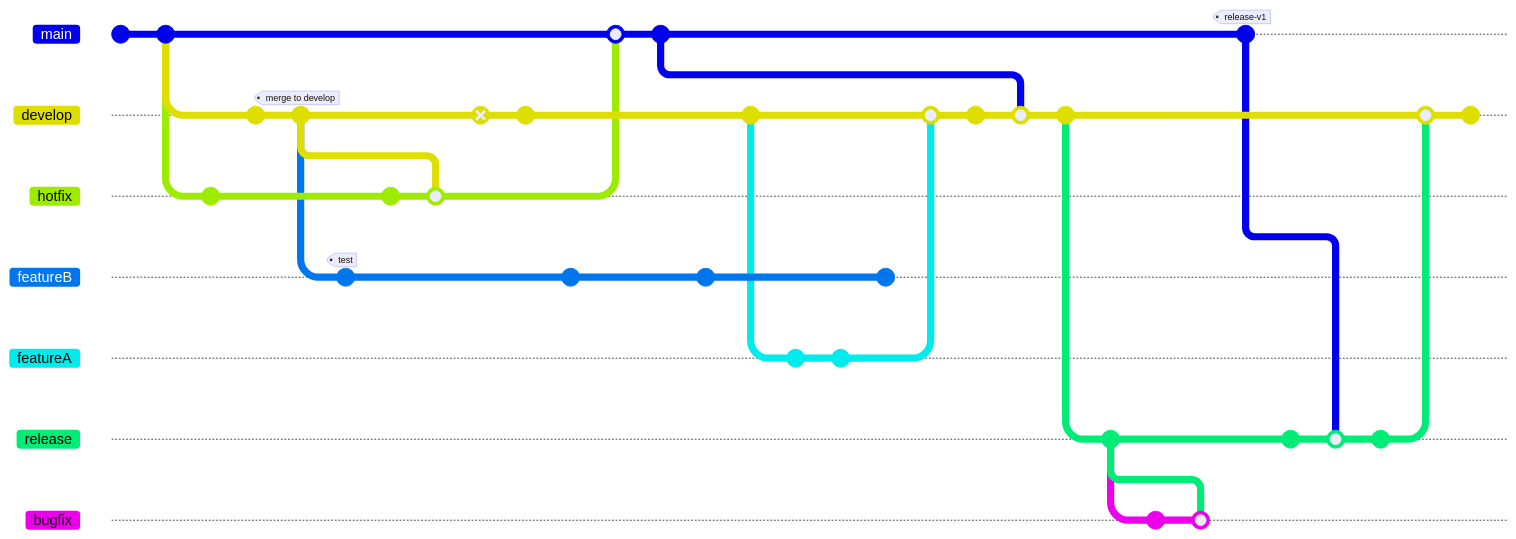
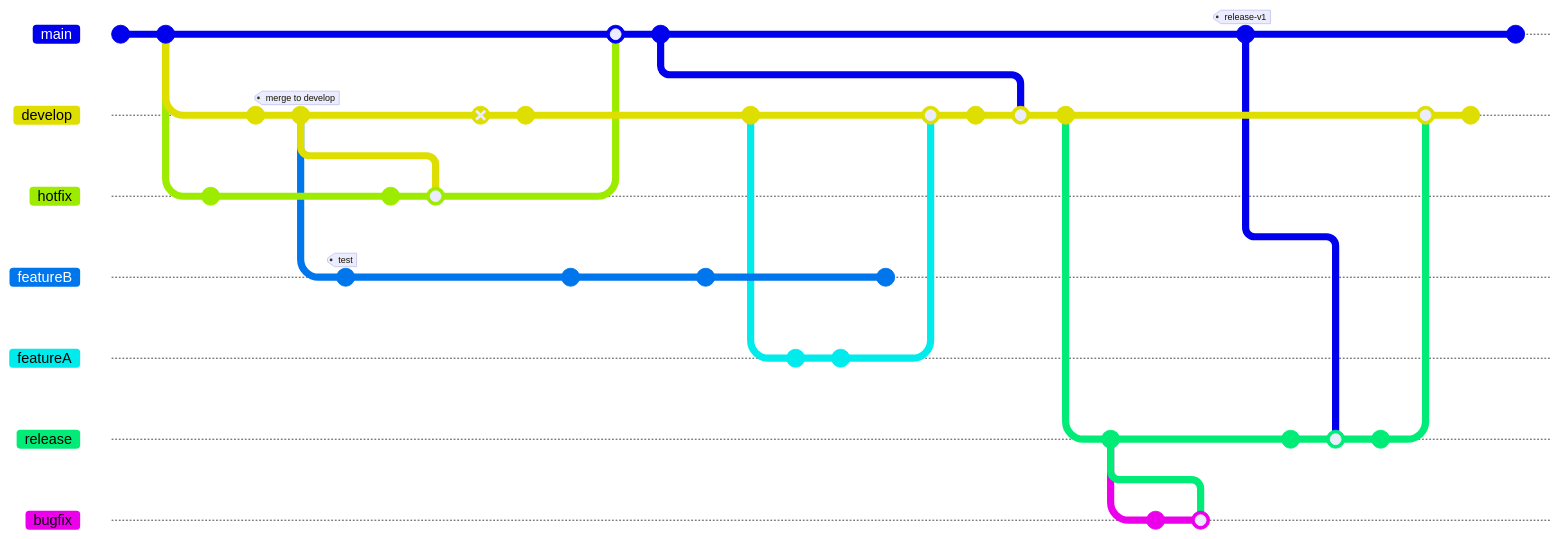
Before and after one commit to mevijays/training-k8s: the diagram in branch.md, drawn with Mermaid. Commit ids are hidden.

````diff
--- a/branch.md
+++ b/branch.md
@@ -2,60 +2,62 @@
  ```mermaid
        gitGraph
         commit id: "Start"
         commit id: "Branch from main"
         branch develop
         branch hotfix
         checkout hotfix
         commit
         checkout develop
         commit
         commit id:"ash" tag:"merge to develop"
         branch featureB
         checkout featureB
         commit tag:"test"
         checkout main
         checkout hotfix
         commit type:NORMAL id:"test2"
         checkout hotfix
         merge develop
         checkout develop
         commit type:REVERSE
         commit id:"vijay"
         checkout featureB
         commit
         checkout main
         merge hotfix
         commit
         checkout featureB
         commit
         checkout develop
         commit
         branch featureA
         commit
         checkout featureA
         commit
         checkout featureB
         commit
         checkout develop
         merge featureA
         commit id:"merge to main"
         checkout develop
         merge main
         commit
         branch release
         checkout release
         commit
         branch bugfix
         checkout bugfix
         commit
         merge release
         checkout main
         commit id:"release-v1" tag:"release-v1"
         checkout release
         commit
         merge main
         commit
         checkout develop
         merge release
         commit
+        checkout main
+        commit
  ```
````
